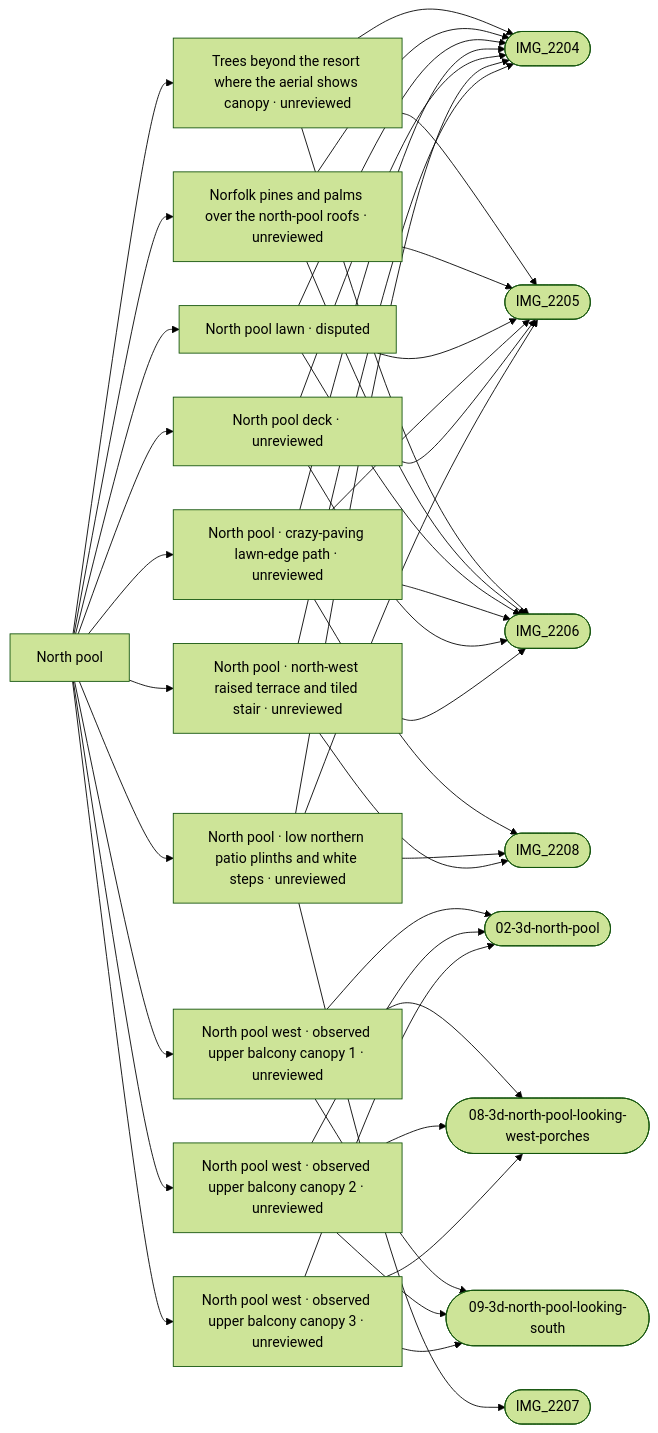
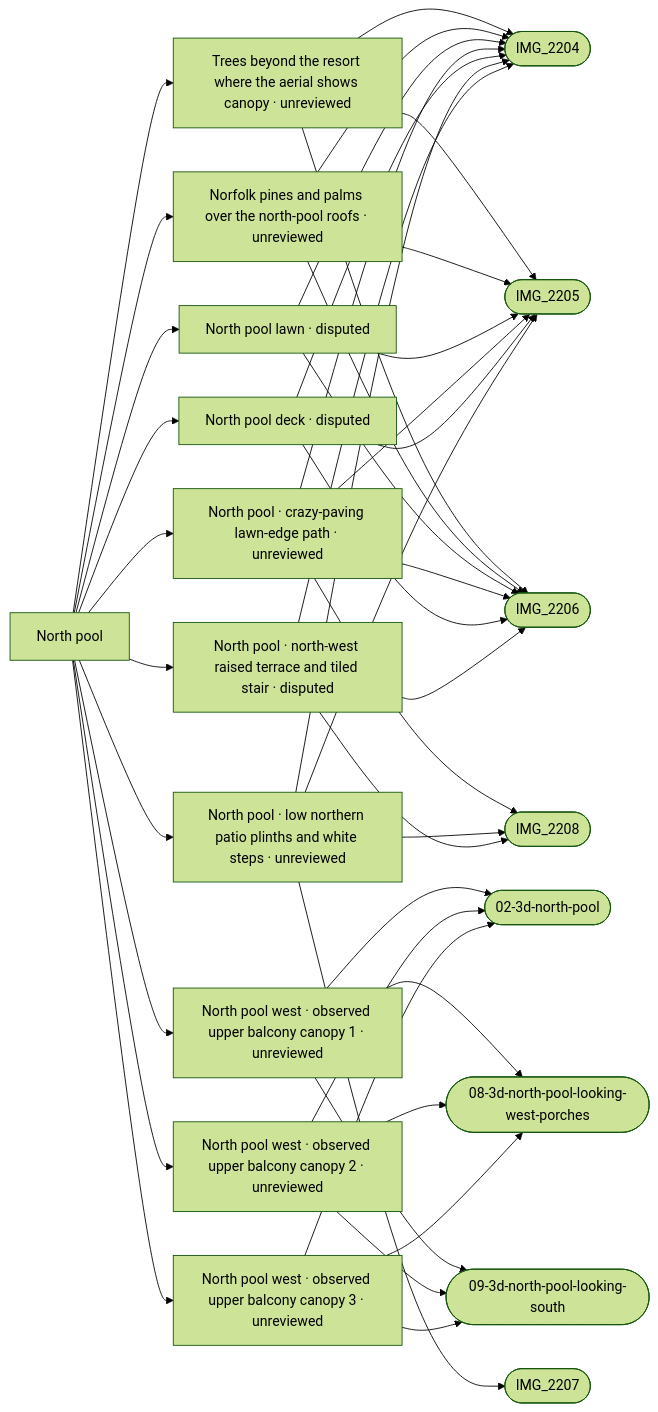
Before and after one commit to daveyboyc/villacana-venture: the diagram in refs/areas/north-pool.md, drawn with Mermaid (forest theme). The commit also changed other lines of this file and 35 other files, not shown here.

````diff
--- a/refs/areas/north-pool.md
+++ b/refs/areas/north-pool.md
@@ -62,46 +62,46 @@
 ```mermaid
 graph LR
   A["North pool"]
   A --> F0["Trees beyond the resort where the aerial shows canopy · unreviewed"]
   F0 --> PIMG_2204_jpg(["IMG_2204"])
   F0 --> PIMG_2205_jpg(["IMG_2205"])
   F0 --> PIMG_2206_jpg(["IMG_2206"])
   A --> F1["Norfolk pines and palms over the north-pool roofs · unreviewed"]
   F1 --> PIMG_2204_jpg(["IMG_2204"])
   F1 --> PIMG_2205_jpg(["IMG_2205"])
   F1 --> PIMG_2206_jpg(["IMG_2206"])
   A --> F2["North pool lawn · disputed"]
   F2 --> PIMG_2204_jpg(["IMG_2204"])
   F2 --> PIMG_2205_jpg(["IMG_2205"])
   F2 --> PIMG_2206_jpg(["IMG_2206"])
   A --> F3["North pool · crazy-paving lawn-edge path · unreviewed"]
   F3 --> PIMG_2204_jpg(["IMG_2204"])
   F3 --> PIMG_2205_jpg(["IMG_2205"])
   F3 --> PIMG_2206_jpg(["IMG_2206"])
   F3 --> PIMG_2208_jpg(["IMG_2208"])
   A --> F4["North pool west · observed upper balcony canopy 1 · unreviewed"]
   F4 --> Pref_apple_maps_02_3d_north_pool_png(["02-3d-north-pool"])
   F4 --> Pref_apple_maps_08_3d_north_pool_looking_west_porches_png(["08-3d-north-pool-looking-west-porches"])
   F4 --> Pref_apple_maps_09_3d_north_pool_looking_south_png(["09-3d-north-pool-looking-south"])
   A --> F5["North pool west · observed upper balcony canopy 2 · unreviewed"]
   F5 --> Pref_apple_maps_02_3d_north_pool_png(["02-3d-north-pool"])
   F5 --> Pref_apple_maps_08_3d_north_pool_looking_west_porches_png(["08-3d-north-pool-looking-west-porches"])
   F5 --> Pref_apple_maps_09_3d_north_pool_looking_south_png(["09-3d-north-pool-looking-south"])
   A --> F6["North pool west · observed upper balcony canopy 3 · unreviewed"]
   F6 --> Pref_apple_maps_02_3d_north_pool_png(["02-3d-north-pool"])
   F6 --> Pref_apple_maps_08_3d_north_pool_looking_west_porches_png(["08-3d-north-pool-looking-west-porches"])
   F6 --> Pref_apple_maps_09_3d_north_pool_looking_south_png(["09-3d-north-pool-looking-south"])
-  A --> F7["North pool deck · unreviewed"]
+  A --> F7["North pool deck · disputed"]
   F7 --> PIMG_2204_jpg(["IMG_2204"])
   F7 --> PIMG_2205_jpg(["IMG_2205"])
   F7 --> PIMG_2206_jpg(["IMG_2206"])
   A --> F8["North pool · low northern patio plinths and white steps · unreviewed"]
   F8 --> PIMG_2204_jpg(["IMG_2204"])
   F8 --> PIMG_2205_jpg(["IMG_2205"])
   F8 --> PIMG_2207_jpg(["IMG_2207"])
   F8 --> PIMG_2208_jpg(["IMG_2208"])
-  A --> F9["North pool · north-west raised terrace and tiled stair · unreviewed"]
+  A --> F9["North pool · north-west raised terrace and tiled stair · disputed"]
   F9 --> PIMG_2204_jpg(["IMG_2204"])
   F9 --> PIMG_2206_jpg(["IMG_2206"])
   F9 --> PIMG_2208_jpg(["IMG_2208"])
 ```
````
